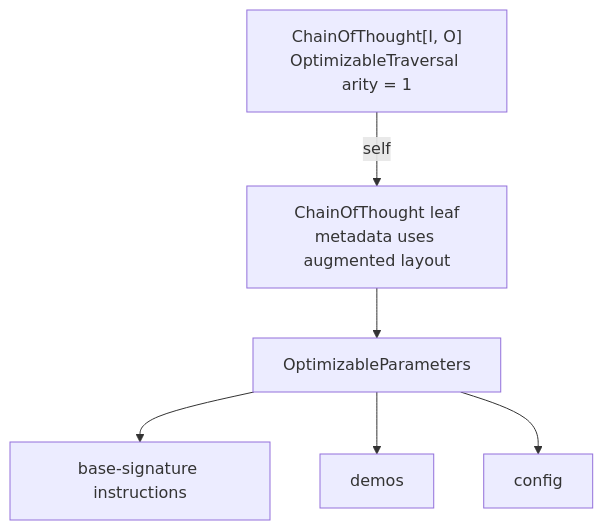
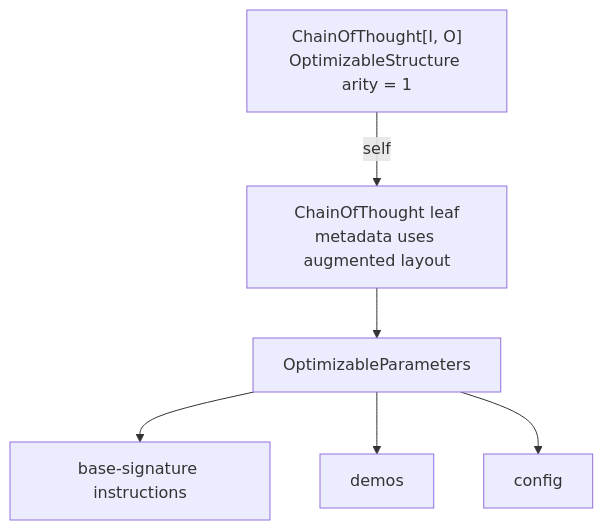
Before and after one commit to jpablo/dspy4s: the fifth of 5 diagrams in modules/programs/src/main/scala/dspy4s/programs/strategies/ChainOfThought.md, drawn with Mermaid. The commit also changed other lines of this file and 95 other files, not shown here.

Commit message:
refactor: rename optimizable traversal to structure

````diff
--- a/modules/programs/src/main/scala/dspy4s/programs/strategies/ChainOfThought.md
+++ b/modules/programs/src/main/scala/dspy4s/programs/strategies/ChainOfThought.md
@@ -303,9 +303,9 @@
 ```mermaid
 flowchart TD
-    root["ChainOfThought[I, O]<br/>OptimizableTraversal arity = 1"]
+    root["ChainOfThought[I, O]<br/>OptimizableStructure arity = 1"]
     root -->|"self"| leaf["ChainOfThought leaf<br/>metadata uses augmented layout"]
     leaf --> params["OptimizableParameters"]
     params --> instructions["base-signature instructions"]
     params --> demos["demos"]
     params --> config["config"]
 ```
````
